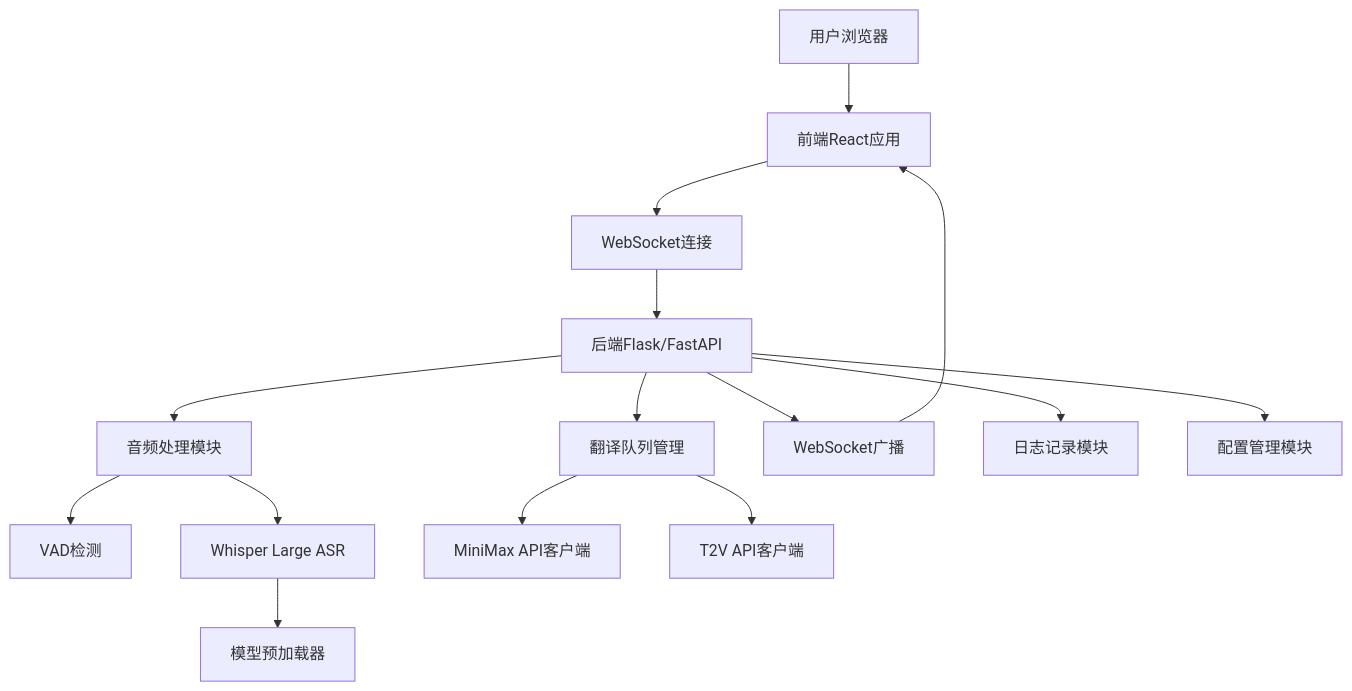
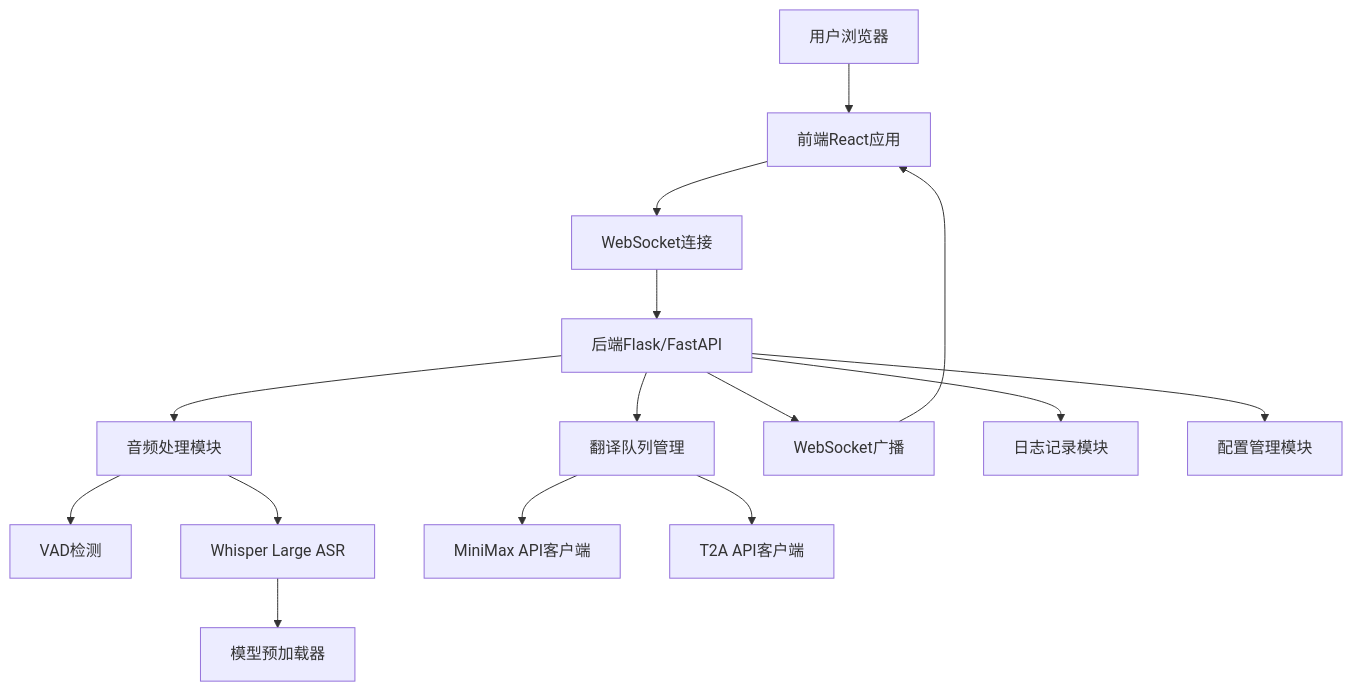
The second of 2 diagrams in docs/PRD.md (MiniMax-OpenPlatform/minimax_simultaneous_interpretation), drawn with Mermaid before and after one commit. The commit also changed other lines of this file and 7 other files, not shown here.

````diff
--- a/docs/PRD.md
+++ b/docs/PRD.md
@@ -122,21 +122,21 @@
 ```mermaid
 flowchart TB
     A[用户浏览器] --> B[前端React应用]
     B --> C[WebSocket连接]
     C --> D[后端Flask/FastAPI]
 
     D --> E[音频处理模块]
     E --> F[VAD检测]
     E --> G[Whisper Large ASR]
     G --> G1[模型预加载器]
 
     D --> H[翻译队列管理]
     H --> I[MiniMax API客户端]
-    H --> J[T2V API客户端]
+    H --> J[T2A API客户端]
 
     D --> K[WebSocket广播]
     K --> B
 
     D --> L[日志记录模块]
     D --> M[配置管理模块]
 ```
````
